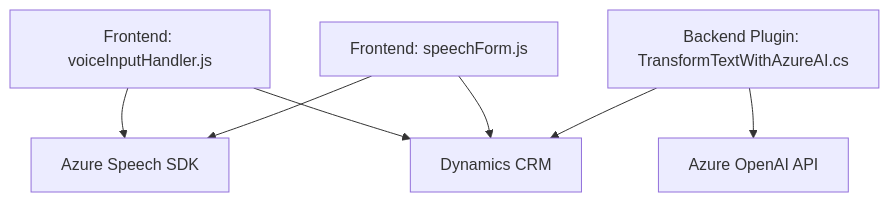
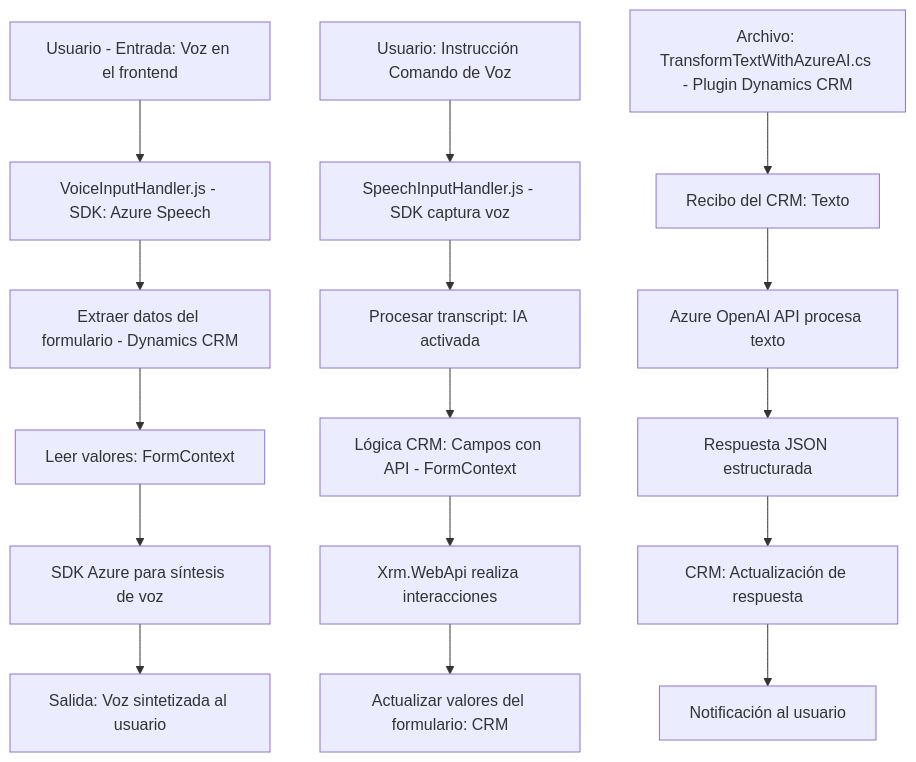
Before and after one commit to blopezdm/NETCORE_BILBAO2025: the diagram in README.md, drawn with Mermaid. The commit also changed other lines of this file, not shown here.

Commit message:
Actualizar análisis global de la solución con IA

````diff
--- a/README.md
+++ b/README.md
@@ -42,16 +38,20 @@
 ```mermaid
 graph TD
-    A["Frontend: voiceInputHandler.js"]
-    B["Frontend: speechForm.js"]
-    C["Backend Plugin: TransformTextWithAzureAI.cs"]
-    D["Azure Speech SDK"]
-    E["Azure OpenAI API"]
-    F["Dynamics CRM"]
+    A["Usuario - Entrada: Voz en el frontend"] --> B["VoiceInputHandler.js - SDK: Azure Speech"]
+    B --> D["Extraer datos del formulario - Dynamics CRM"]
+    D --> E["Leer valores: FormContext"]
+    E --> F["SDK Azure para síntesis de voz"]
+    F --> C["Salida: Voz sintetizada al usuario"]
 
-    A --> D
-    A --> F
-    B --> D
-    B --> F
-    C --> F
-    C --> E
+    A2["Usuario: Instrucción Comando de Voz"] --> G["SpeechInputHandler.js - SDK captura voz"]
+    G --> H["Procesar transcript: IA activada"]
+    H --> I["Lógica CRM: Campos con API - FormContext"]
+    I --> J["Xrm.WebApi realiza interacciones"]
+    J --> K["Actualizar valores del formulario: CRM"]
+
+    L["Archivo: TransformTextWithAzureAI.cs - Plugin Dynamics CRM"] --> N["Recibo del CRM: Texto"]
+    N --> O["Azure OpenAI API procesa texto"]
+    O --> P["Respuesta JSON estructurada"]
+    P --> Q["CRM: Actualización de respuesta"]
+    Q --> R["Notificación al usuario"]
 ```
````
